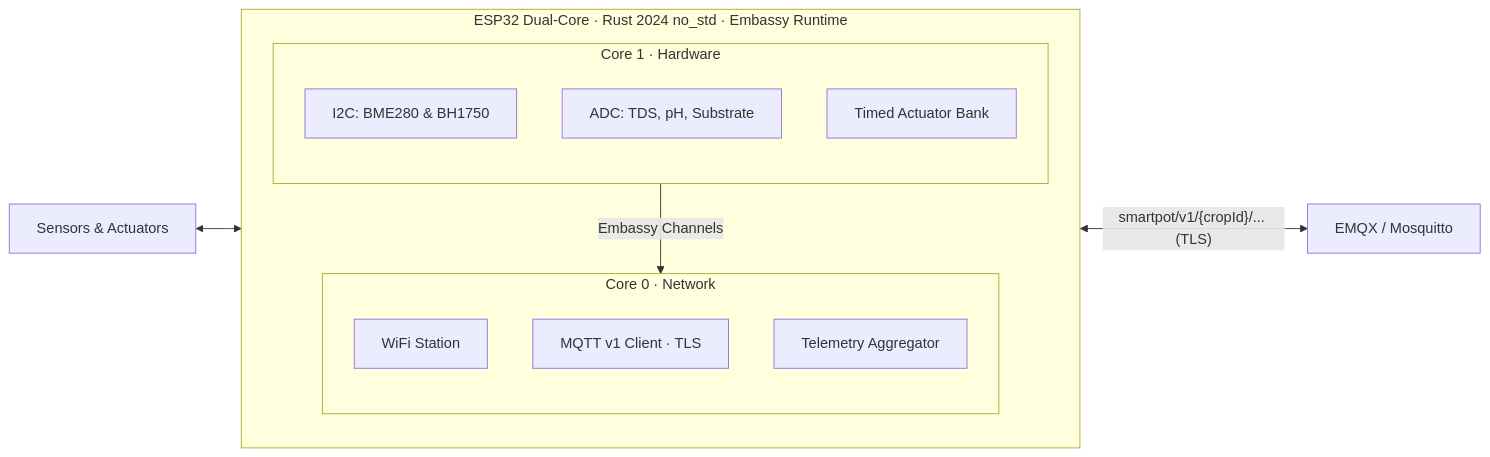
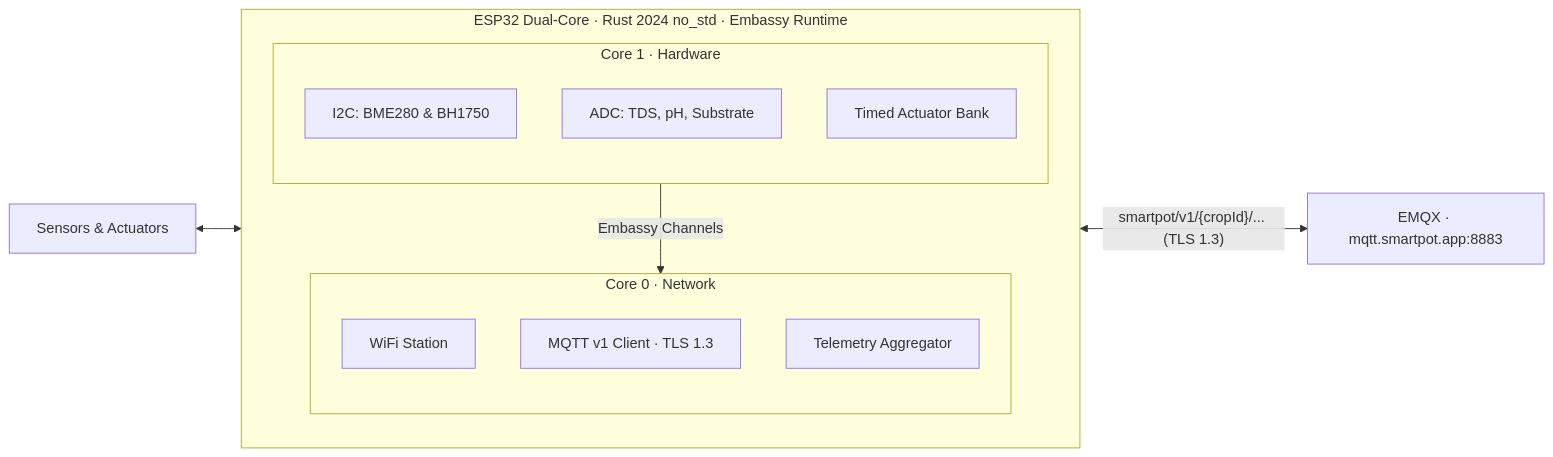
The diagram in README.md (SmartPotTech/SmartPot-IoT), drawn with Mermaid before and after one commit. The commit also changed other lines of this file and 2 other files, not shown here.

Commit message:
Document firmware TLS, filtering, and capabilities [skip deploy]

````diff
--- a/README.md
+++ b/README.md
@@ -17,21 +17,21 @@
 ```mermaid
 flowchart LR
   subgraph esp["ESP32 Dual-Core · Rust 2024 no_std · Embassy Runtime"]
     direction TB
     subgraph core0["Core 0 · Network"]
       direction TB
       wifi["WiFi Station"]
-      mqtt["MQTT v1 Client · TLS"]
+      mqtt["MQTT v1 Client · TLS 1.3"]
       telem["Telemetry Aggregator"]
     end
     subgraph core1["Core 1 · Hardware"]
       direction TB
       i2c["I2C: BME280 & BH1750"]
       adc["ADC: TDS, pH, Substrate"]
       act["Timed Actuator Bank"]
     end
     core1 -->|"Embassy Channels"| core0
   end
   hw["Sensors & Actuators"] <--> esp
-  esp <-->|"smartpot/v1/{cropId}/... (TLS)"| broker["EMQX / Mosquitto"]
+  esp <-->|"smartpot/v1/{cropId}/... (TLS 1.3)"| broker["EMQX · mqtt.smartpot.app:8883"]
 ```
````
